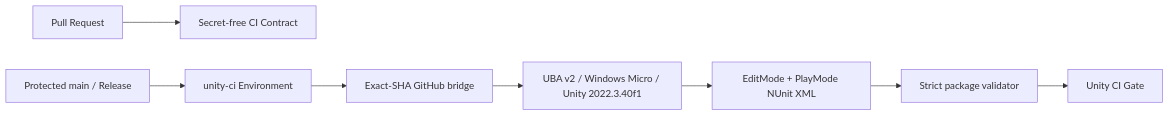
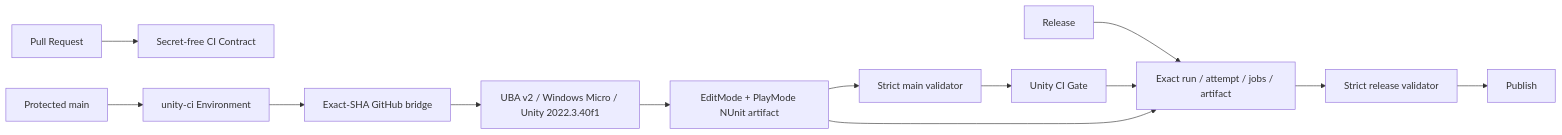
One commit to ChanyaVRC/MotionTakeStudio changed the diagram in Packages/com.buildsoft.motion-take-studio/Documentation~/Architecture.md. Above: the diagram before and after it, drawn with Mermaid. The commit also changed other lines of this file and 11 other files, not shown here.

Commit message:
Optimize release Unity CI evidence reuse (#8)

````diff
--- a/Packages/com.buildsoft.motion-take-studio/Documentation~/Architecture.md
+++ b/Packages/com.buildsoft.motion-take-studio/Documentation~/Architecture.md
@@ -180,10 +180,15 @@
 ```mermaid
 flowchart LR
     PR["Pull Request"] --> Contract["Secret-free CI Contract"]
-    Main["Protected main / Release"] --> Env["unity-ci Environment"]
+    Main["Protected main"] --> Env["unity-ci Environment"]
     Env --> Bridge["Exact-SHA GitHub bridge"]
     Bridge --> UBA["UBA v2 / Windows Micro / Unity 2022.3.40f1"]
-    UBA --> XML["EditMode + PlayMode NUnit XML"]
-    XML --> Validator["Strict package validator"]
-    Validator --> Gate["Unity CI Gate"]
+    UBA --> Artifact["EditMode + PlayMode NUnit artifact"]
+    Artifact --> MainValidator["Strict main validator"]
+    MainValidator --> Gate["Unity CI Gate"]
+    Release["Release"] --> Evidence["Exact run / attempt / jobs / artifact"]
+    Gate --> Evidence
+    Artifact --> Evidence
+    Evidence --> ReleaseValidator["Strict release validator"]
+    ReleaseValidator --> Publish["Publish"]
 ```
````
